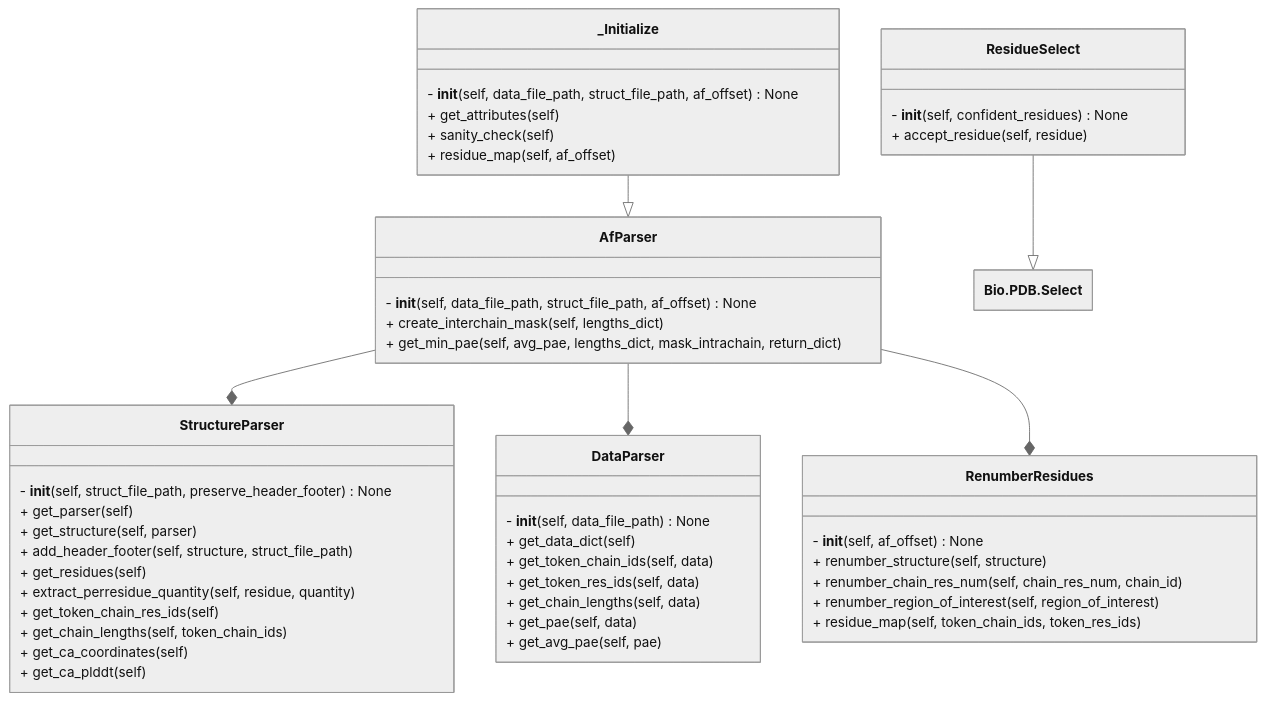
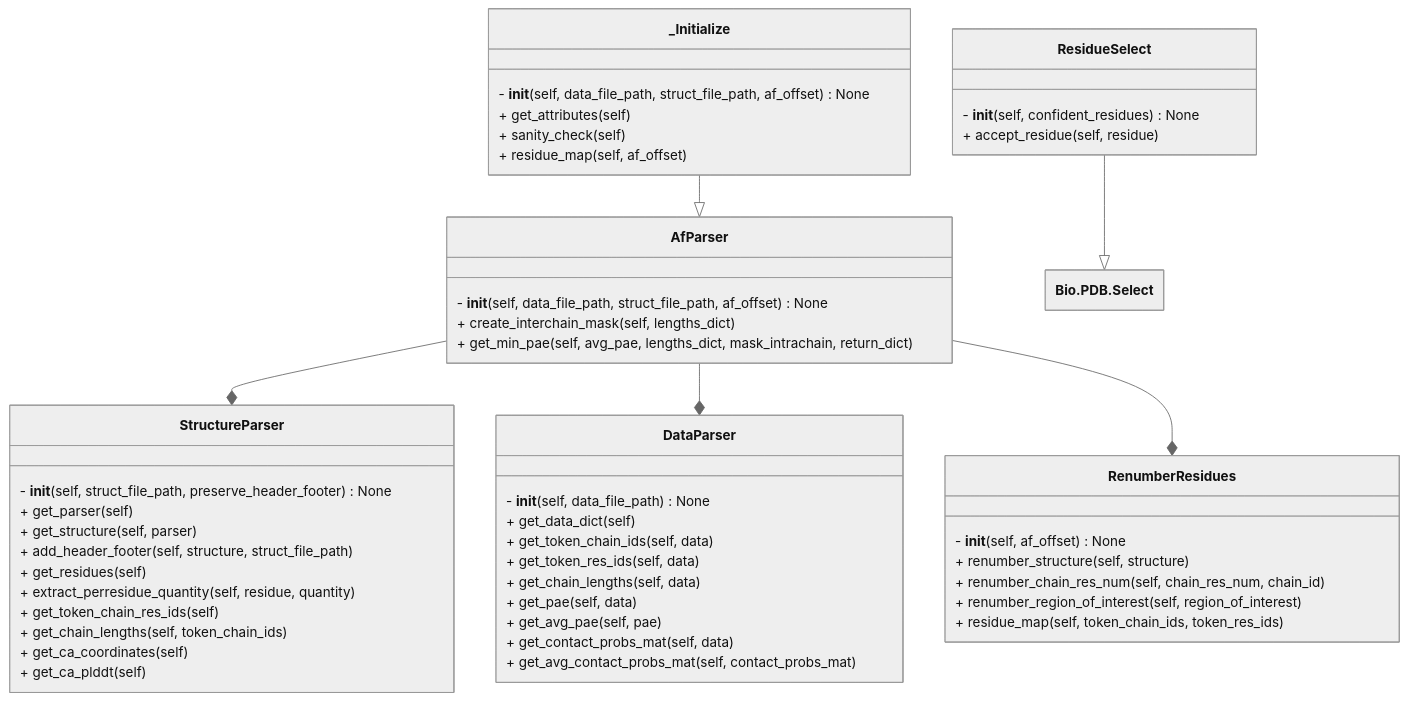
One commit to isblab/IMP_Toolbox changed the diagram in docs/af_pipeline/Parser.md. Above: the diagram before and after it, drawn with Mermaid (neutral theme). The commit also changed 1 other file, not shown here.

Commit message:
updated readme addressing #51

````diff
--- a/docs/af_pipeline/Parser.md
+++ b/docs/af_pipeline/Parser.md
@@ -9,63 +9,65 @@
 ```mermaid
 ---
 config:
     class:
         hideEmptyMembersBox: true
 ---
 classDiagram
     class ResidueSelect {
         - __init__(self, confident_residues) None
         + accept_residue(self, residue)
     }
 
     class AfParser {
         - __init__(self, data_file_path, struct_file_path, af_offset) None
         + create_interchain_mask(self, lengths_dict)
         + get_min_pae(self, avg_pae, lengths_dict, mask_intrachain, return_dict)
     }
 
     class DataParser {
         - __init__(self, data_file_path) None
         + get_data_dict(self)
         + get_token_chain_ids(self, data)
         + get_token_res_ids(self, data)
         + get_chain_lengths(self, data)
         + get_pae(self, data)
         + get_avg_pae(self, pae)
+        + get_contact_probs_mat(self, data)
+        + get_avg_contact_probs_mat(self, contact_probs_mat)
     }
 
     class StructureParser {
         - __init__(self, struct_file_path, preserve_header_footer) None
         + get_parser(self)
         + get_structure(self, parser)
         + add_header_footer(self, structure, struct_file_path)
         + get_residues(self)
         + extract_perresidue_quantity(self, residue, quantity)
         + get_token_chain_res_ids(self)
         + get_chain_lengths(self, token_chain_ids)
         + get_ca_coordinates(self)
         + get_ca_plddt(self)
     }
 
     class RenumberResidues {
         - __init__(self, af_offset) None
         + renumber_structure(self, structure)
         + renumber_chain_res_num(self, chain_res_num, chain_id)
         + renumber_region_of_interest(self, region_of_interest)
         + residue_map(self, token_chain_ids, token_res_ids)
     }
 
     ResidueSelect --|> `Bio.PDB.Select`
 
     class _Initialize {
         - __init__(self, data_file_path, struct_file_path, af_offset) None
         + get_attributes(self)
         + sanity_check(self)
         + residue_map(self, af_offset)
     }
 
     _Initialize --|> `AfParser`
     `AfParser` --* `StructureParser`
     `AfParser` --* `DataParser`
     `AfParser` --* `RenumberResidues`
 ```
````
